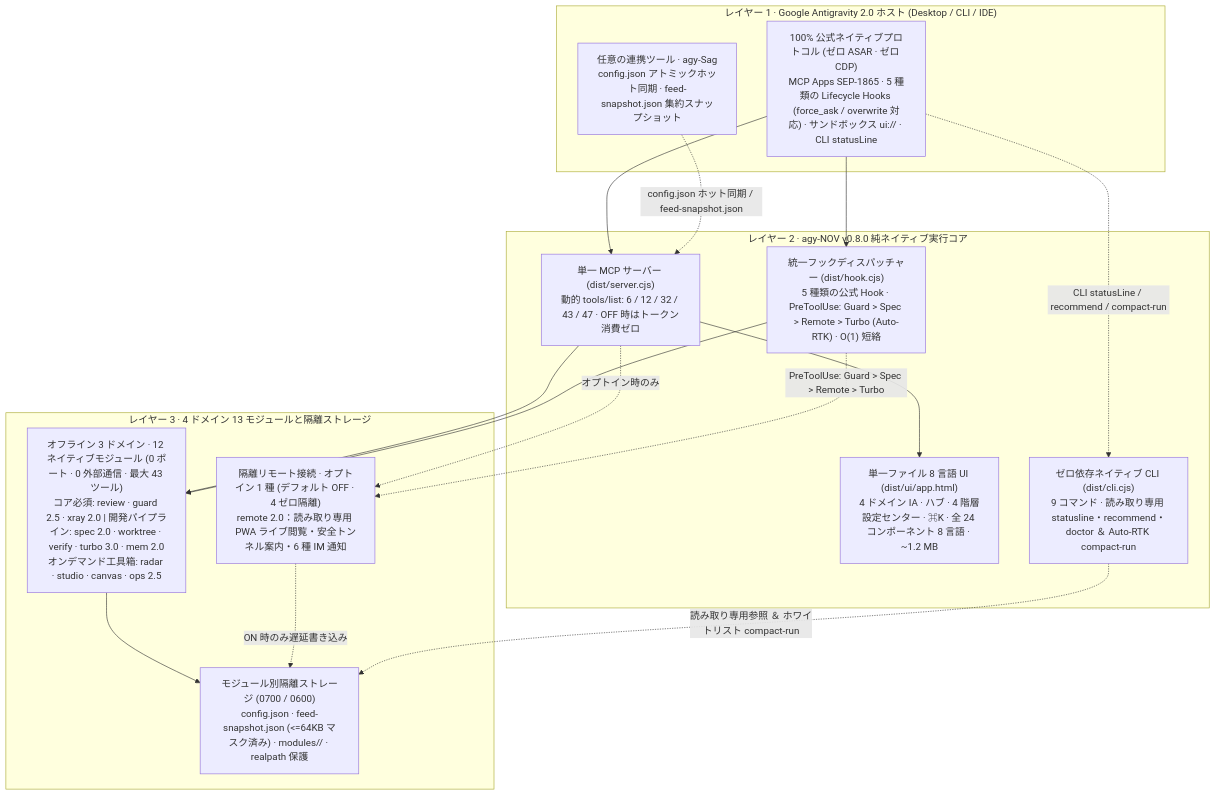
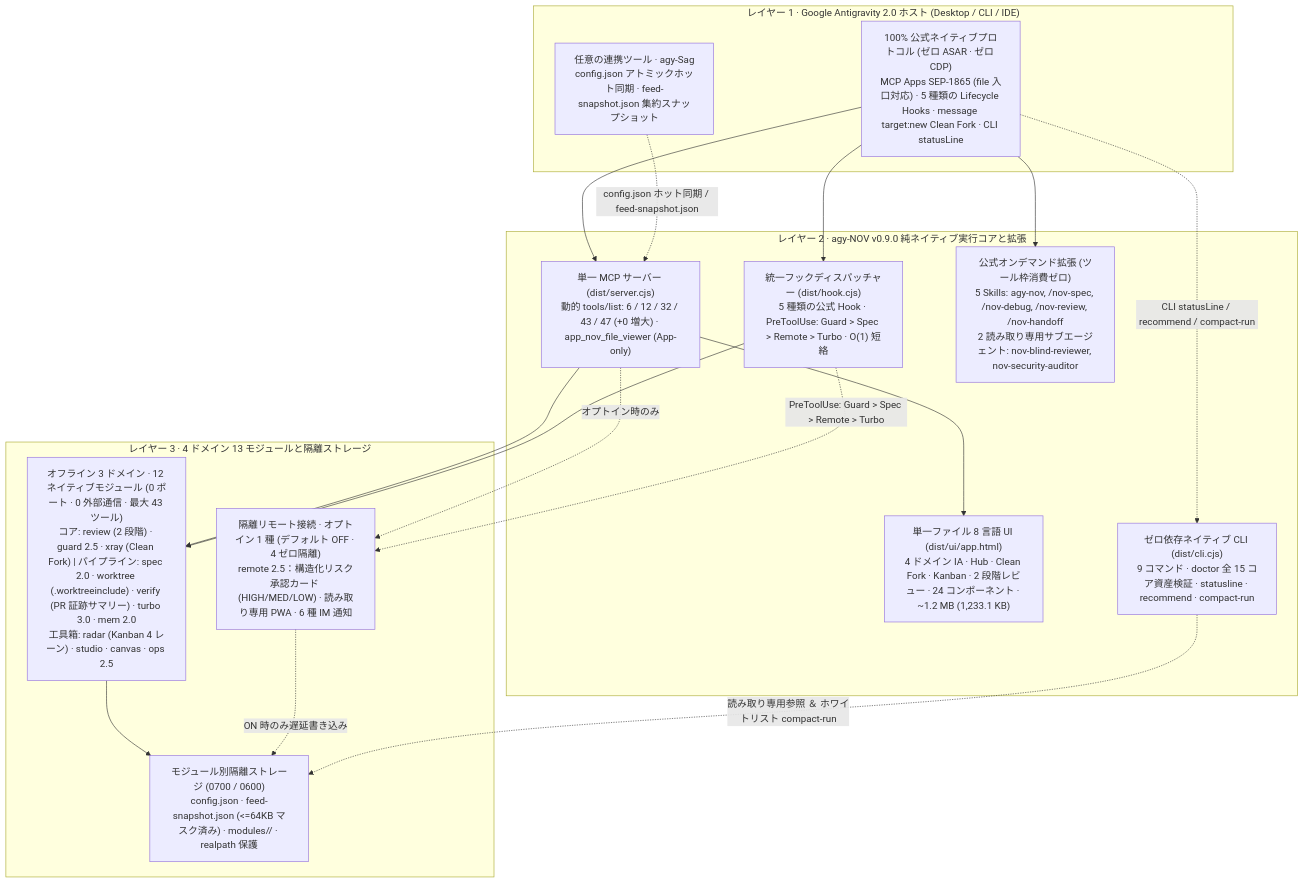
The diagram in docs/i18n/README.ja.md (tone-leh/agy-NOV), drawn with Mermaid before and after one commit. The commit also changed other lines of this file and 72 other files, not shown here.

Commit message:
release: v0.9.0 — E2E pipeline chain, One-Click Clean Fork, 4 slash playbooks, 2 read-only subagents, native file viewer & Remote 2.5 risk cards

````diff
--- a/docs/i18n/README.ja.md
+++ b/docs/i18n/README.ja.md
@@ -215,33 +231,35 @@
 ```mermaid
 flowchart TB
   subgraph L1["レイヤー 1 · Google Antigravity 2.0 ホスト (Desktop / CLI / IDE)"]
-    Host["100% 公式ネイティブプロトコル (ゼロ ASAR · ゼロ CDP)\nMCP Apps SEP-1865 · 5 種類の Lifecycle Hooks (force_ask / overwrite 対応) · サンドボックス ui:// · CLI statusLine"]
+    Host["100% 公式ネイティブプロトコル (ゼロ ASAR · ゼロ CDP)\nMCP Apps SEP-1865 (file 入口対応) · 5 種類の Lifecycle Hooks · message target:new Clean Fork · CLI statusLine"]
     Sag["任意の連携ツール · agy-Sag\nconfig.json アトミックホット同期 · feed-snapshot.json 集約スナップショット"]
   end
 
-  subgraph L2["レイヤー 2 · agy-NOV v0.8.0 純ネイティブ実行コア"]
-    MCP["単一 MCP サーバー (dist/server.cjs)\n動的 tools/list: 6 / 12 / 32 / 43 / 47 · OFF 時はトークン消費ゼロ"]
-    Hook["統一フックディスパッチャー (dist/hook.cjs)\n5 種類の公式 Hook · PreToolUse: Guard > Spec > Remote > Turbo (Auto-RTK) · O(1) 短絡"]
-    UI["単一ファイル 8 言語 UI (dist/ui/app.html)\n4 ドメイン IA · ハブ · 4 階層設定センター · ⌘K · 全 24 コンポーネント 8 言語 · ~1.2 MB"]
-    CLI["ゼロ依存ネイティブ CLI (dist/cli.cjs)\n9 コマンド · 読み取り専用 statusline・recommend・doctor ＆ Auto-RTK compact-run"]
+  subgraph L2["レイヤー 2 · agy-NOV v0.9.0 純ネイティブ実行コアと拡張"]
+    MCP["単一 MCP サーバー (dist/server.cjs)\n動的 tools/list: 6 / 12 / 32 / 43 / 47 (+0 増大) · app_nov_file_viewer (App-only)"]
+    Hook["統一フックディスパッチャー (dist/hook.cjs)\n5 種類の公式 Hook · PreToolUse: Guard > Spec > Remote > Turbo · O(1) 短絡"]
+    UI["単一ファイル 8 言語 UI (dist/ui/app.html)\n4 ドメイン IA · Hub · Clean Fork · Kanban · 2 段階レビュー · 24 コンポーネント · ~1.2 MB (1,233.1 KB)"]
+    Ext["公式オンデマンド拡張 (ツール枠消費ゼロ)\n5 Skills: agy-nov, /nov-spec, /nov-debug, /nov-review, /nov-handoff\n2 読み取り専用サブエージェント: nov-blind-reviewer, nov-security-auditor"]
+    CLI["ゼロ依存ネイティブ CLI (dist/cli.cjs)\n9 コマンド · doctor 全 15 コア資産検証 · statusline · recommend · compact-run"]
   end
 
   subgraph L3["レイヤー 3 · 4 ドメイン 13 モジュールと隔離ストレージ"]
-    T1["オフライン 3 ドメイン · 12 ネイティブモジュール (0 ポート · 0 外部通信 · 最大 43 ツール)\nコア必須: review · guard 2.5 · xray 2.0 | 開発パイプライン: spec 2.0 · worktree · verify · turbo 3.0 · mem 2.0\nオンデマンド工具箱: radar · studio · canvas · ops 2.5"]
-    T2R["隔離リモート接続 · オプトイン 1 種 (デフォルト OFF · 4 ゼロ隔離)\nremote 2.0：読み取り専用 PWA ライブ閲覧・安全トンネル案内・6 種 IM 通知"]
+    T1["オフライン 3 ドメイン · 12 ネイティブモジュール (0 ポート · 0 外部通信 · 最大 43 ツール)\nコア: review (2 段階) · guard 2.5 · xray (Clean Fork) | パイプライン: spec 2.0 · worktree (.worktreeinclude) · verify (PR 証跡サマリー) · turbo 3.0 · mem 2.0\n工具箱: radar (Kanban 4 レーン) · studio · canvas · ops 2.5"]
+    T2R["隔離リモート接続 · オプトイン 1 種 (デフォルト OFF · 4 ゼロ隔離)\nremote 2.5：構造化リスク承認カード (HIGH/MED/LOW) · 読み取り専用 PWA · 6 種 IM 通知"]
     Store["モジュール別隔離ストレージ (0700 / 0600)\nconfig.json · feed-snapshot.json (<=64KB マスク済み) · modules/<id>/ · realpath 保護"]
   end
 
   Host --> MCP
   Host --> Hook
+  Host --> Ext
   Host -. "CLI statusLine / recommend / compact-run" .-> CLI
   Sag -. "config.json ホット同期 / feed-snapshot.json" .-> MCP
   MCP --> UI
   MCP --> T1
   MCP -. "オプトイン時のみ" .-> T2R
   Hook --> T1
   Hook -. "PreToolUse: Guard > Spec > Remote > Turbo" .-> T2R
   T1 --> Store
   T2R -. "ON 時のみ遅延書き込み" .-> Store
   CLI -. "読み取り専用参照 ＆ ホワイトリスト compact-run" .-> Store
 ```
````
